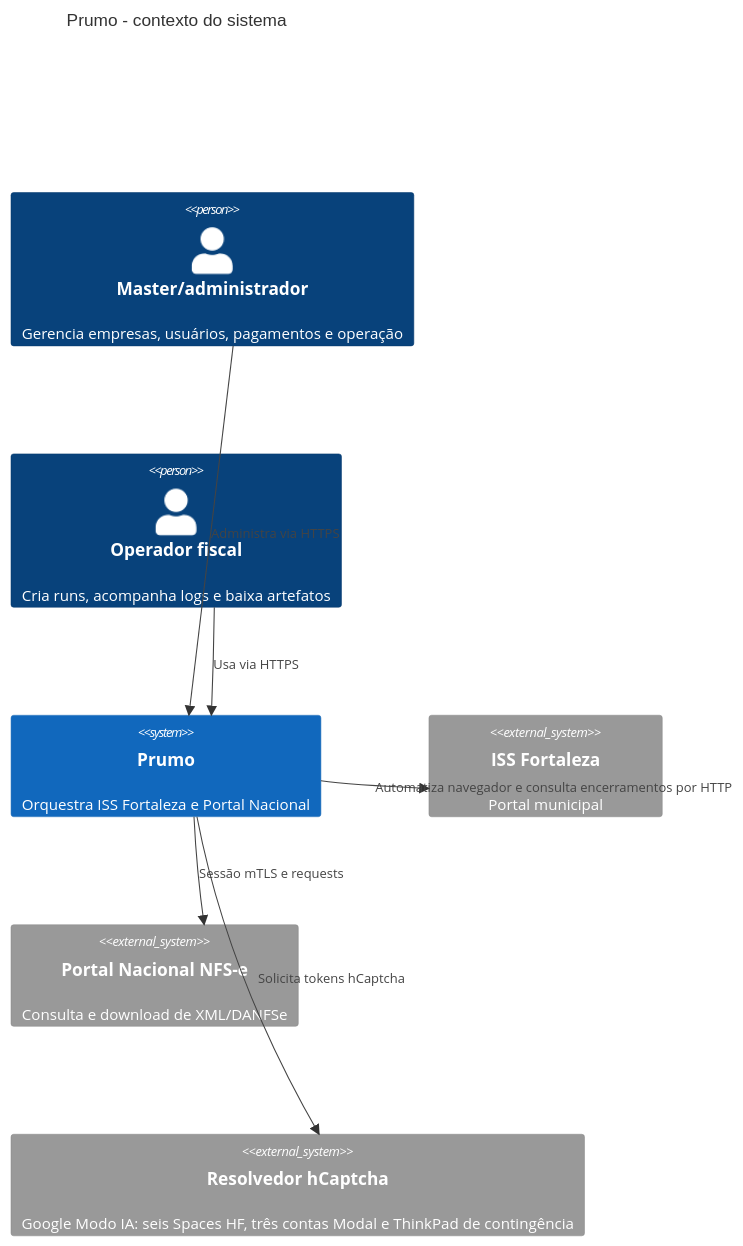
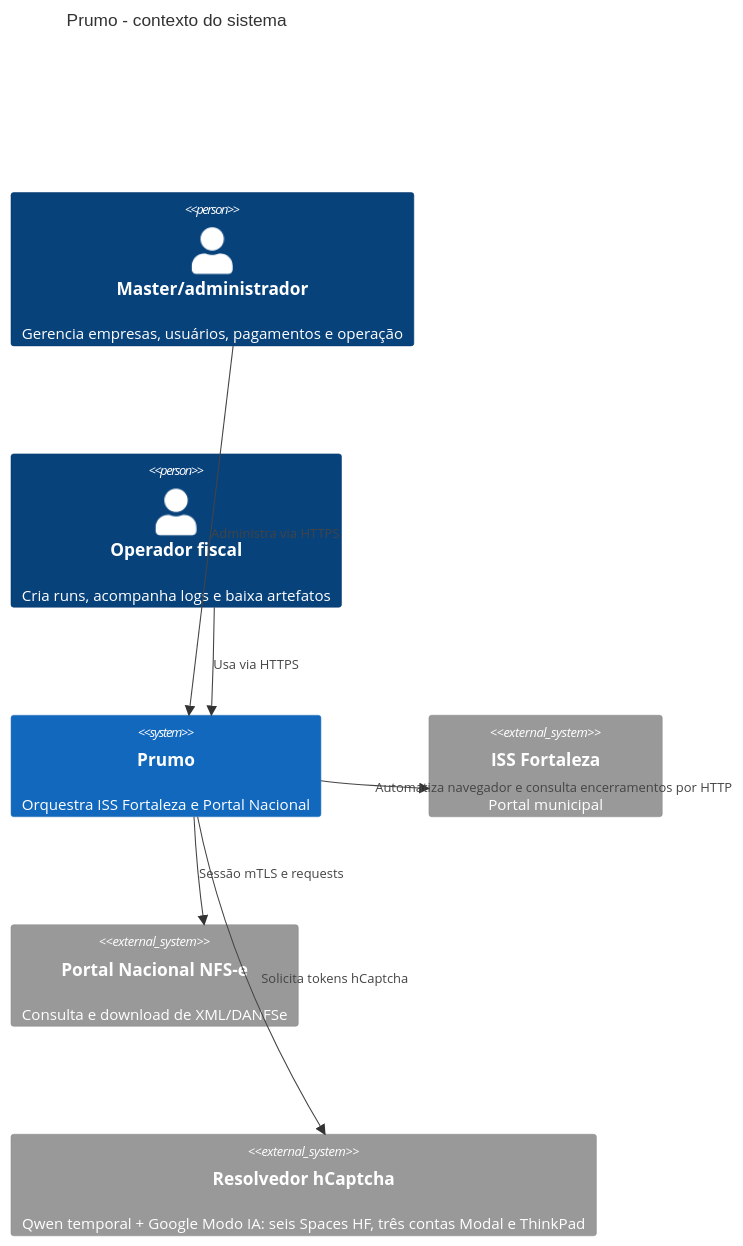
One commit to prumosistemas/app changed the first of 4 diagrams in docs/C4.md. Above: the diagram before and after it, drawn with Mermaid. The commit also changed other lines of this file and 15 other files, not shown here.

Commit message:
feat: add Qwen temporal solver fallback

````diff
--- a/docs/C4.md
+++ b/docs/C4.md
@@ -8,15 +8,15 @@
 ```mermaid
 C4Context
   title Prumo - contexto do sistema
   Person(master, "Master/administrador", "Gerencia empresas, usuários, pagamentos e operação")
   Person(operador, "Operador fiscal", "Cria runs, acompanha logs e baixa artefatos")
   System(prumo, "Prumo", "Orquestra ISS Fortaleza e Portal Nacional")
   System_Ext(iss, "ISS Fortaleza", "Portal municipal")
   System_Ext(nfse, "Portal Nacional NFS-e", "Consulta e download de XML/DANFSe")
-  System_Ext(ai, "Resolvedor hCaptcha", "Google Modo IA: seis Spaces HF, três contas Modal e ThinkPad de contingência")
+  System_Ext(ai, "Resolvedor hCaptcha", "Qwen temporal + Google Modo IA: seis Spaces HF, três contas Modal e ThinkPad")
   Rel(master, prumo, "Administra via HTTPS")
   Rel(operador, prumo, "Usa via HTTPS")
   Rel(prumo, iss, "Automatiza navegador e consulta encerramentos por HTTP")
   Rel(prumo, nfse, "Sessão mTLS e requests")
   Rel(prumo, ai, "Solicita tokens hCaptcha")
 ```
````
